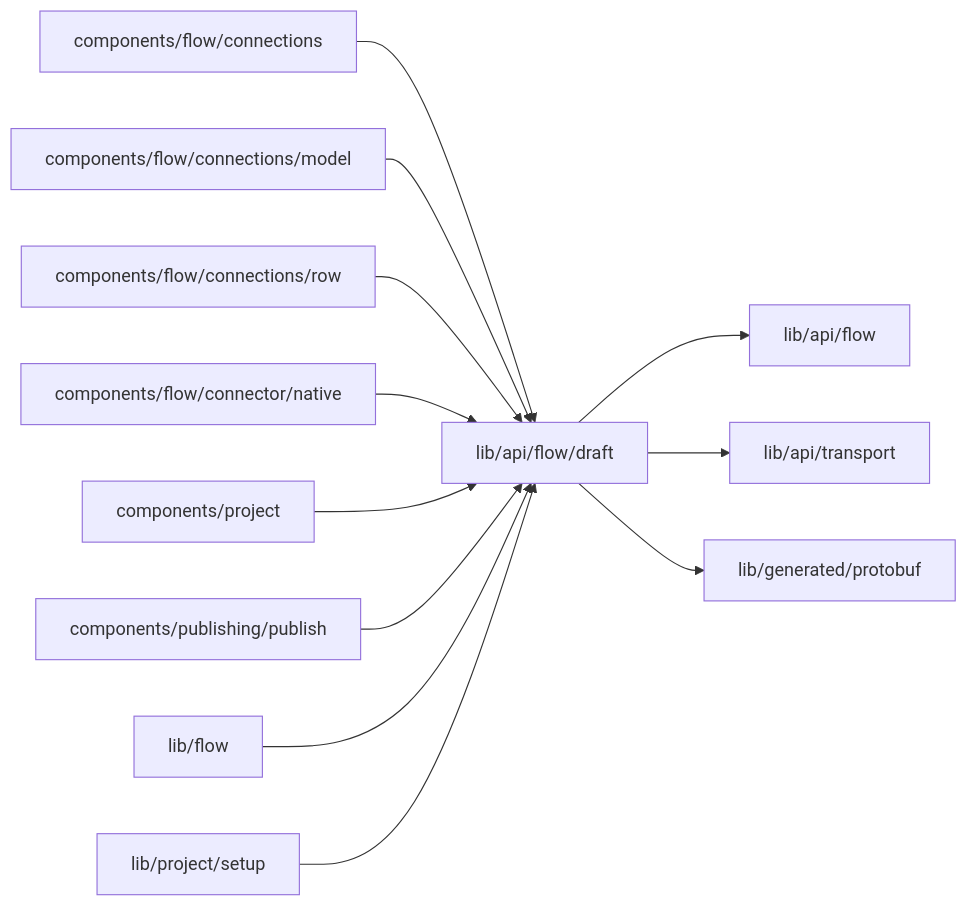
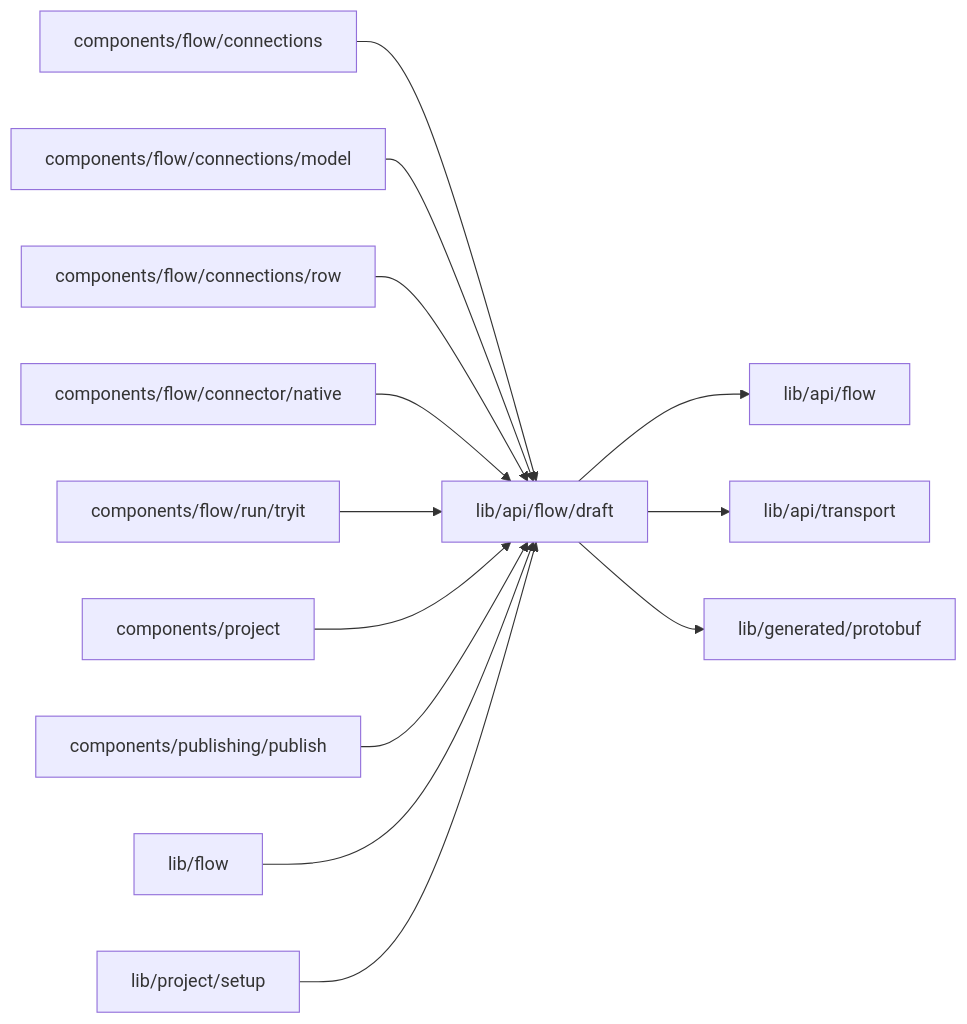
One commit to superdurable/superverse changed the diagram in web/studio/lib/api/flow/draft/README.md. Above: the diagram before and after it, drawn with Mermaid. The commit also changed other lines of this file and 278 other files, not shown here.

````diff
--- a/web/studio/lib/api/flow/draft/README.md
+++ b/web/studio/lib/api/flow/draft/README.md
@@ -10,15 +10,16 @@
 ```mermaid
 flowchart LR
   self["lib/api/flow/draft"]
   c0["components/flow/connections"] --> self
   c1["components/flow/connections/model"] --> self
   c2["components/flow/connections/row"] --> self
   c3["components/flow/connector/native"] --> self
-  c4["components/project"] --> self
-  c5["components/publishing/publish"] --> self
-  c6["lib/flow"] --> self
-  c7["lib/project/setup"] --> self
+  c4["components/flow/run/tryit"] --> self
+  c5["components/project"] --> self
+  c6["components/publishing/publish"] --> self
+  c7["lib/flow"] --> self
+  c8["lib/project/setup"] --> self
   self --> d0["lib/api/flow"]
   self --> d1["lib/api/transport"]
   self --> d2["lib/generated/protobuf"]
 ```
````
